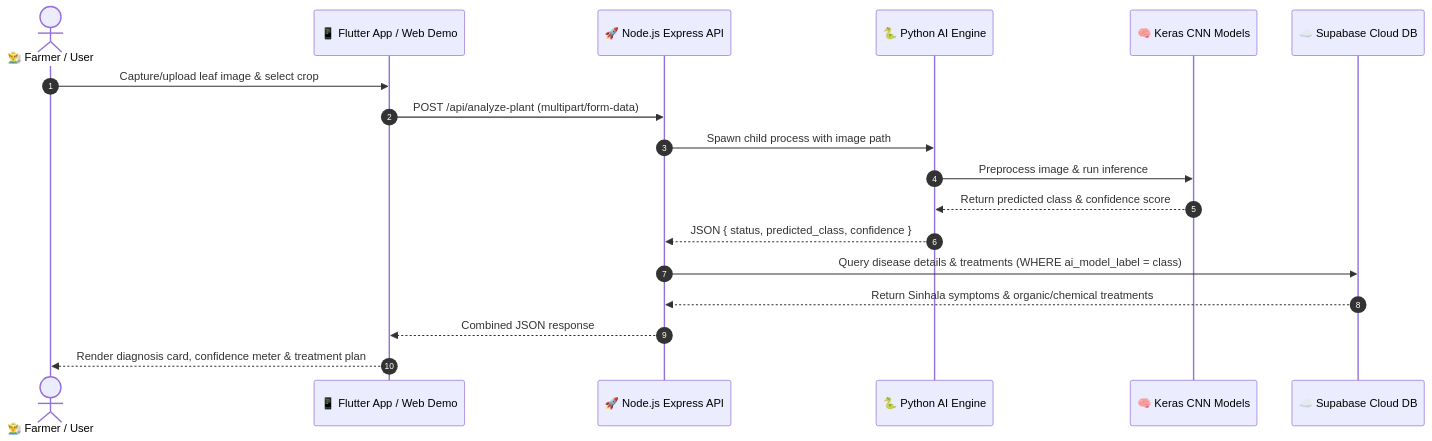
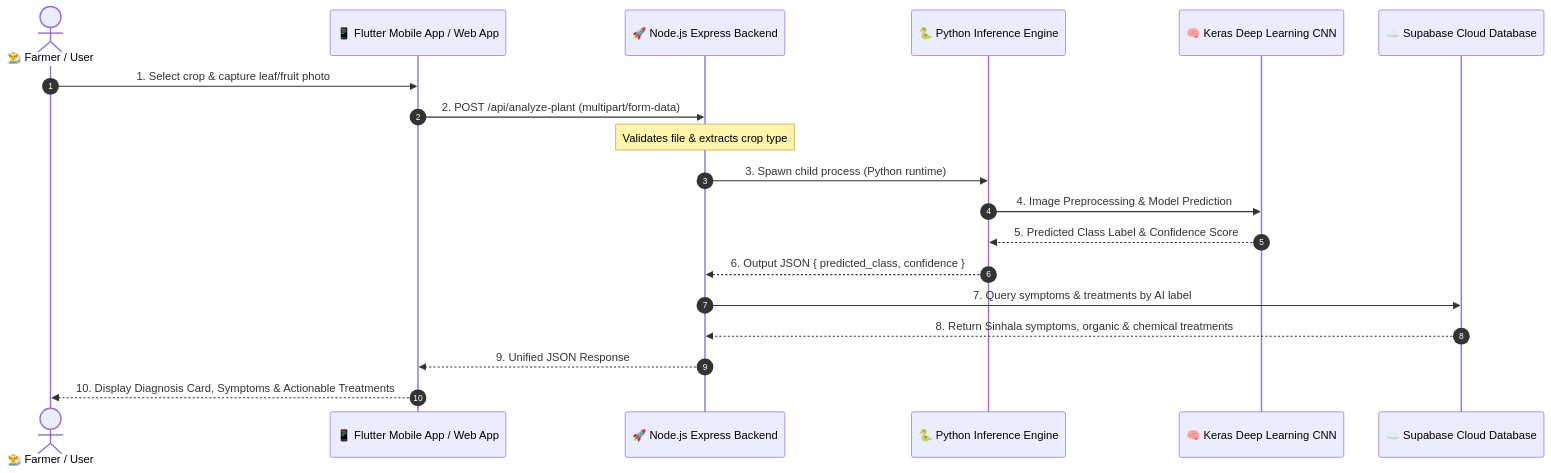
Before and after one commit to umindudinal/AgriCare-LK: the diagram in README.md, drawn with Mermaid. The commit also changed other lines of this file, not shown here.

````diff
--- a/README.md
+++ b/README.md
@@ -59,21 +85,22 @@
 ```mermaid
 sequenceDiagram
     autonumber
     actor Farmer as 👨‍🌾 Farmer / User
-    participant Mobile as 📱 Flutter App / Web Demo
-    participant API as 🚀 Node.js Express API
-    participant Py as 🐍 Python AI Engine
-    participant Model as 🧠 Keras CNN Models
-    participant Cloud as ☁️ Supabase Cloud DB
+    participant Mobile as 📱 Flutter Mobile App / Web App
+    participant API as 🚀 Node.js Express Backend
+    participant Py as 🐍 Python Inference Engine
+    participant Model as 🧠 Keras Deep Learning CNN
+    participant Cloud as ☁️ Supabase Cloud Database
 
-    Farmer->>Mobile: Capture/upload leaf image & select crop
-    Mobile->>API: POST /api/analyze-plant (multipart/form-data)
-    API->>Py: Spawn child process with image path
-    Py->>Model: Preprocess image & run inference
-    Model-->>Py: Return predicted class & confidence score
-    Py-->>API: JSON { status, predicted_class, confidence }
-    API->>Cloud: Query disease details & treatments (WHERE ai_model_label = class)
-    Cloud-->>API: Return Sinhala symptoms & organic/chemical treatments
-    API-->>Mobile: Combined JSON response
-    Mobile-->>Farmer: Render diagnosis card, confidence meter & treatment plan
+    Farmer->>Mobile: 1. Select crop & capture leaf/fruit photo
+    Mobile->>API: 2. POST /api/analyze-plant (multipart/form-data)
+    Note over API: Validates file & extracts crop type
+    API->>Py: 3. Spawn child process (Python runtime)
+    Py->>Model: 4. Image Preprocessing & Model Prediction
+    Model-->>Py: 5. Predicted Class Label & Confidence Score
+    Py-->>API: 6. Output JSON { predicted_class, confidence }
+    API->>Cloud: 7. Query symptoms & treatments by AI label
+    Cloud-->>API: 8. Return Sinhala symptoms, organic & chemical treatments
+    API-->>Mobile: 9. Unified JSON Response
+    Mobile-->>Farmer: 10. Display Diagnosis Card, Symptoms & Actionable Treatments
 ```
````
